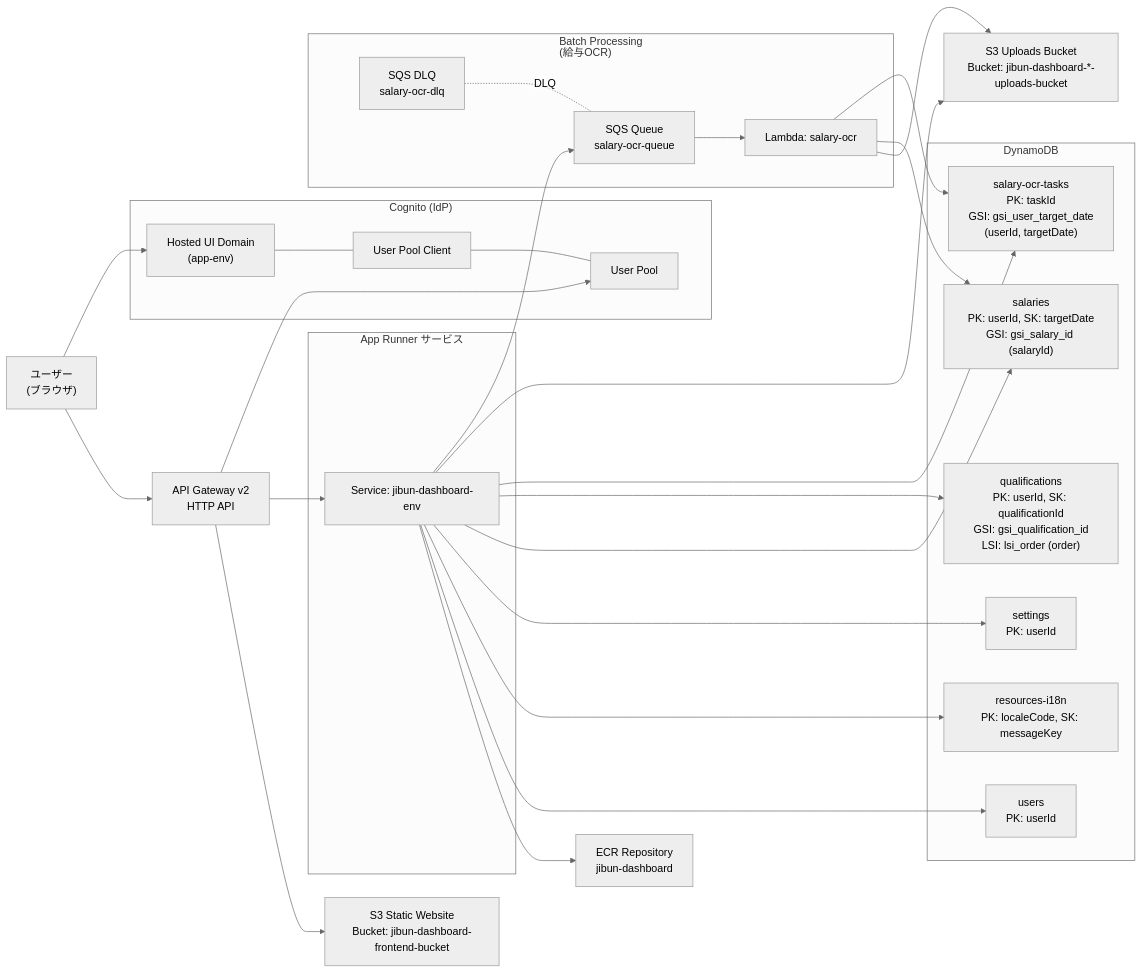
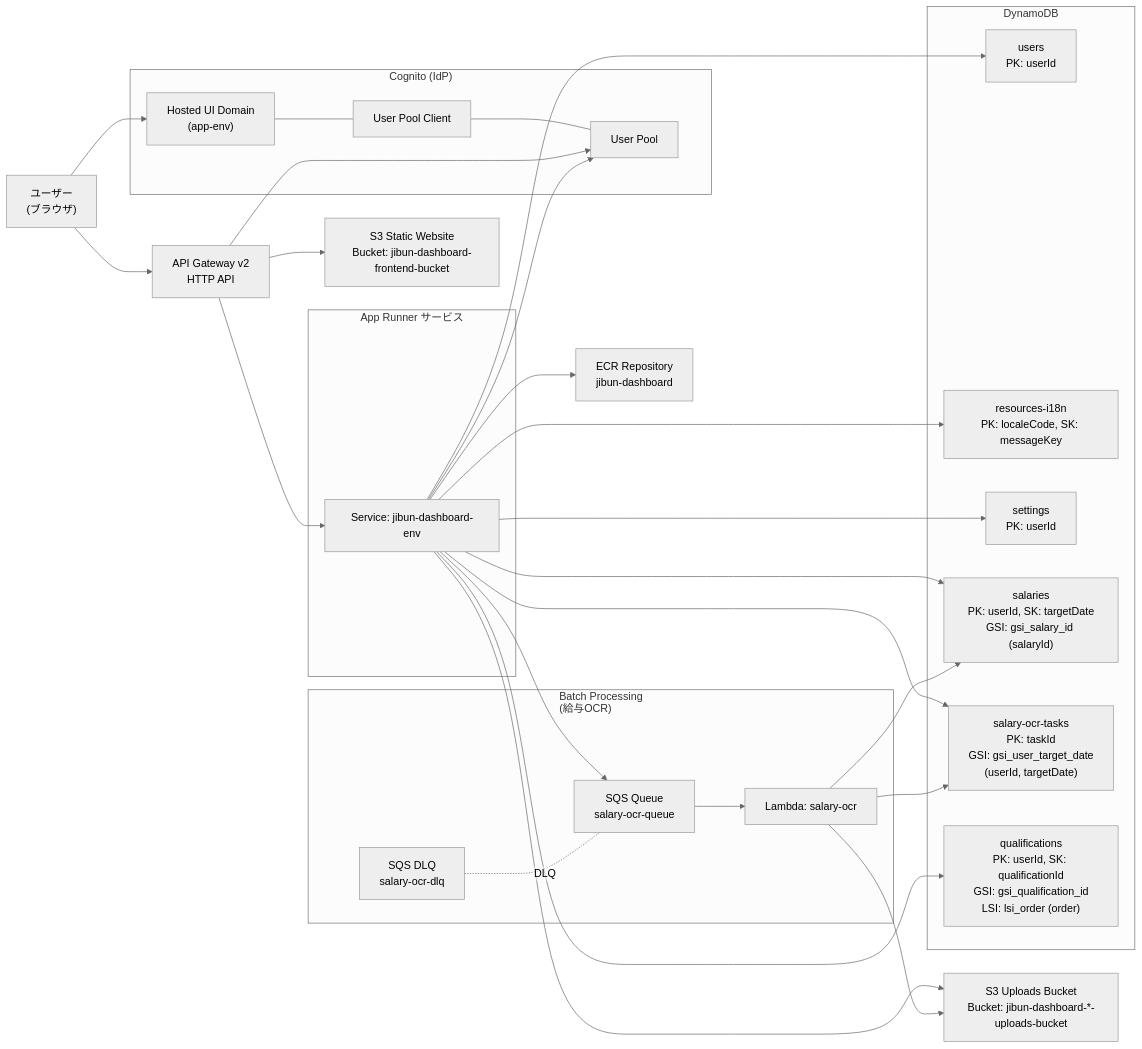
Before and after one commit to mori-akira/jibun-dashboard: the first of 3 diagrams in doc/04.infra/diagram.md, drawn with Mermaid (neutral theme).

````diff
--- a/doc/04.infra/diagram.md
+++ b/doc/04.infra/diagram.md
@@ -3,68 +3,69 @@
 ```mermaid
 %%{init: {'flowchart': {'htmlLabels': false}} }%%
 flowchart LR
 
   U["ユーザー<br>(ブラウザ)"]
 
   AGW["API Gateway v2<br>HTTP API"]
 
   S3_FRONT["S3 Static Website<br>Bucket: jibun-dashboard-frontend-bucket"]
   S3_UP["S3 Uploads Bucket<br>Bucket: jibun-dashboard-*-uploads-bucket"]
 
   subgraph COG["Cognito (IdP)"]
     CPool["User Pool"]
     CClient["User Pool Client"]
     CDomain["Hosted UI Domain<br>(app-env)"]
   end
 
   subgraph AR["App Runner サービス"]
     ARS["Service: jibun-dashboard-env"]
   end
 
   ECR["ECR Repository<br>jibun-dashboard"]
 
   subgraph DDB["DynamoDB"]
     DUsers["users<br>PK: userId"]
     DR18n["resources-i18n<br>PK: localeCode, SK: messageKey"]
     DSettings["settings<br>PK: userId"]
     DSalaries["salaries<br>PK: userId, SK: targetDate<br>GSI: gsi_salary_id (salaryId)"]
     DOcrTasks["salary-ocr-tasks<br>PK: taskId<br>GSI: gsi_user_target_date<br>(userId, targetDate)"]
     DQuals["qualifications<br>PK: userId, SK: qualificationId<br>GSI: gsi_qualification_id<br>LSI: lsi_order (order)"]
   end
 
   subgraph BATCH["Batch Processing<br>(給与OCR)"]
     Q_DLQ["SQS DLQ<br>salary-ocr-dlq"]
     Q_MAIN["SQS Queue<br>salary-ocr-queue"]
     L_SAL["Lambda: salary-ocr"]
   end
 
   %% ルーティング（リンクラベル無し）
   U --> AGW
   AGW --> S3_FRONT
   AGW --> ARS
 
   %% 認証フロー（概略）
   U --> CDomain
   CDomain --- CClient
   CClient --- CPool
   AGW --> CPool
 
   %% バックエンド依存
   ARS --> ECR
+  ARS --> CPool
   ARS --> DUsers
   ARS --> DR18n
   ARS --> DSettings
   ARS --> DSalaries
   ARS --> DQuals
   ARS --> DOcrTasks
   ARS --> S3_UP
 
   %% 給与OCRバッチフロー
   ARS --> Q_MAIN
   Q_MAIN --> L_SAL
   Q_DLQ -. DLQ .- Q_MAIN
 
   L_SAL --> S3_UP
   L_SAL --> DSalaries
   L_SAL --> DOcrTasks
 ```
````
